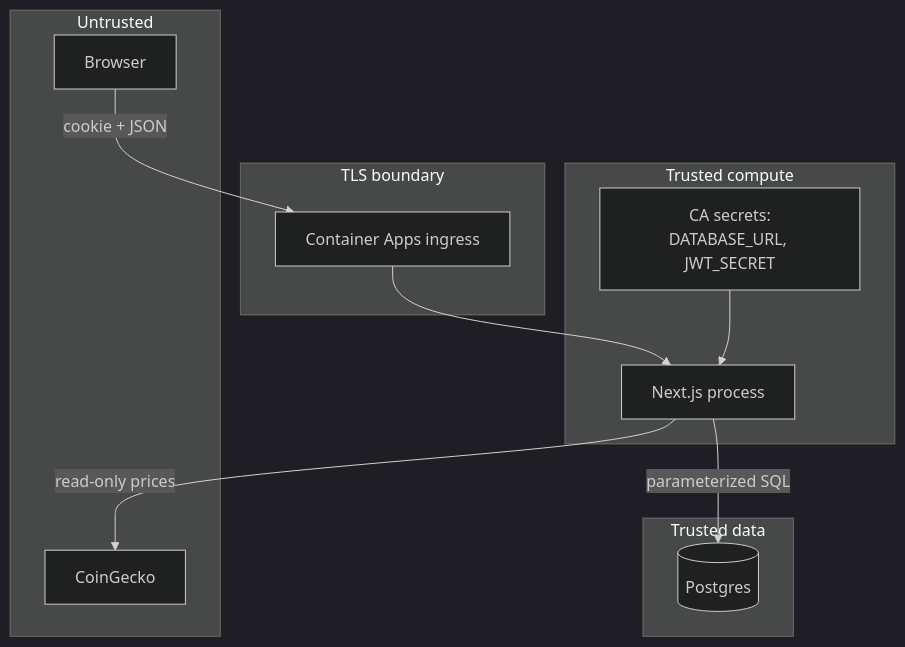
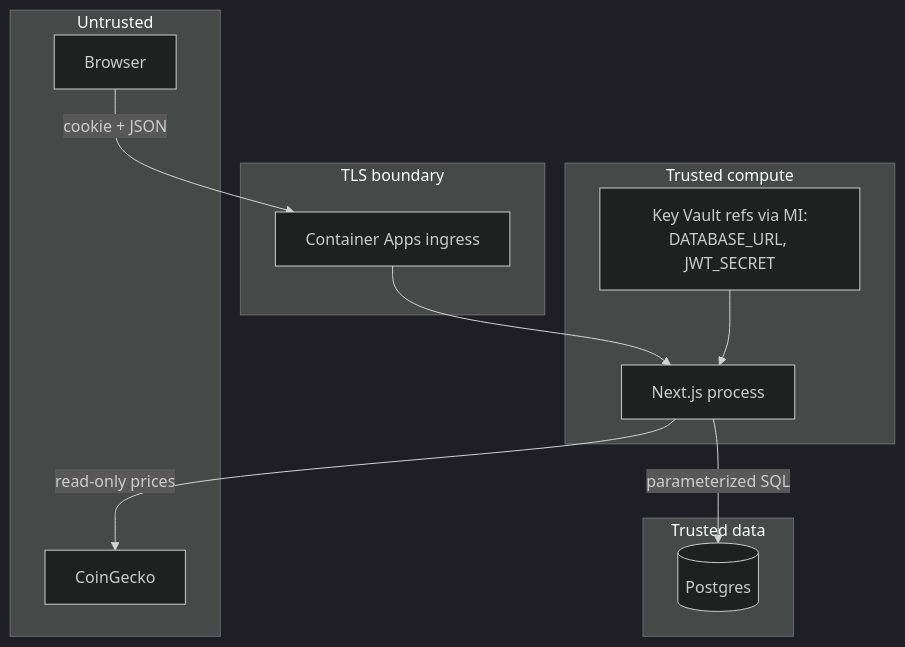
Before and after one commit to gindriliunas/crypto-trading: diagram 14 of 14 in docs/hld.md, drawn with Mermaid (dark theme). The commit also changed other lines of this file and 8 other files, not shown here.

First line of the commit message:
Add Key Vault MI secrets, post-deploy ZAP, and STRIDE model.

````diff
--- a/docs/hld.md
+++ b/docs/hld.md
@@ -403,26 +407,26 @@
 ```mermaid
 flowchart TB
   subgraph Public["Untrusted"]
     Browser
     CoinGecko
   end
 
   subgraph Edge["TLS boundary"]
     Ingress[Container Apps ingress]
   end
 
   subgraph App["Trusted compute"]
     Next[Next.js process]
-    Secrets[CA secrets:<br/>DATABASE_URL, JWT_SECRET]
+    Secrets[Key Vault refs via MI:<br/>DATABASE_URL, JWT_SECRET]
   end
 
   subgraph Data["Trusted data"]
     PG[(Postgres)]
   end
 
   Browser -->|cookie + JSON| Ingress
   Ingress --> Next
   Secrets --> Next
   Next -->|parameterized SQL| PG
   Next -->|read-only prices| CoinGecko
 ```
````
